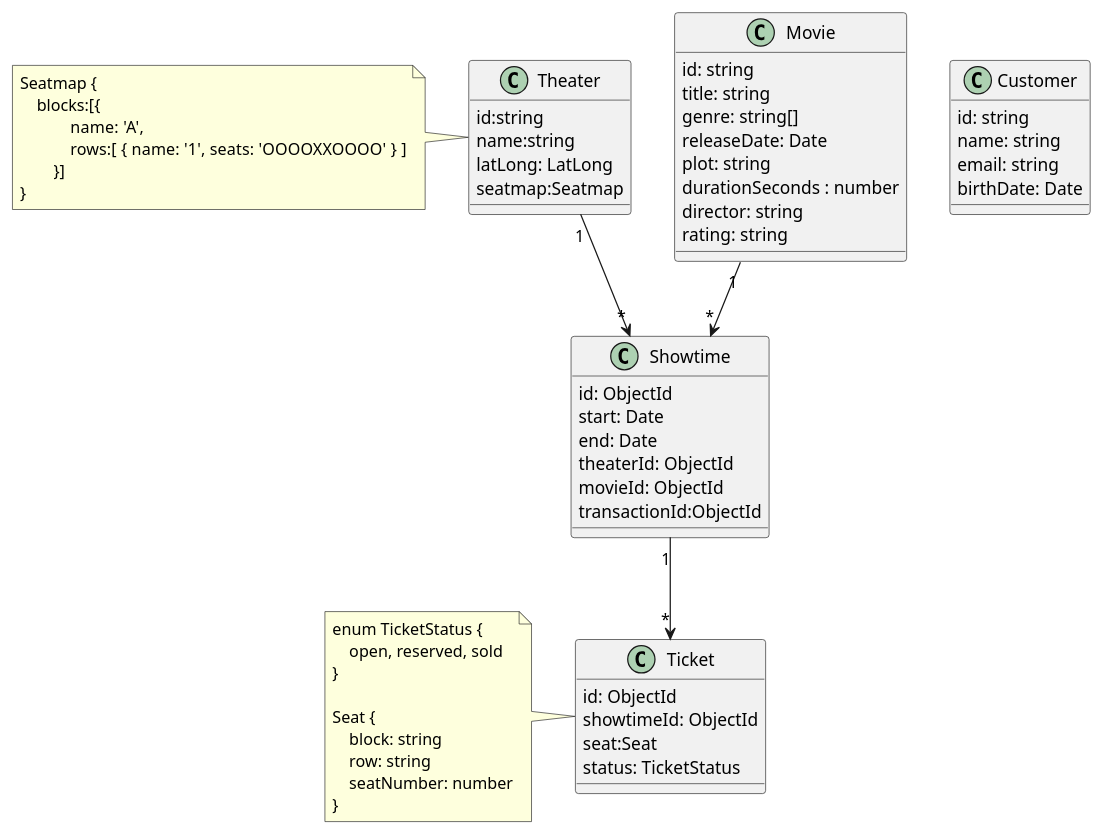
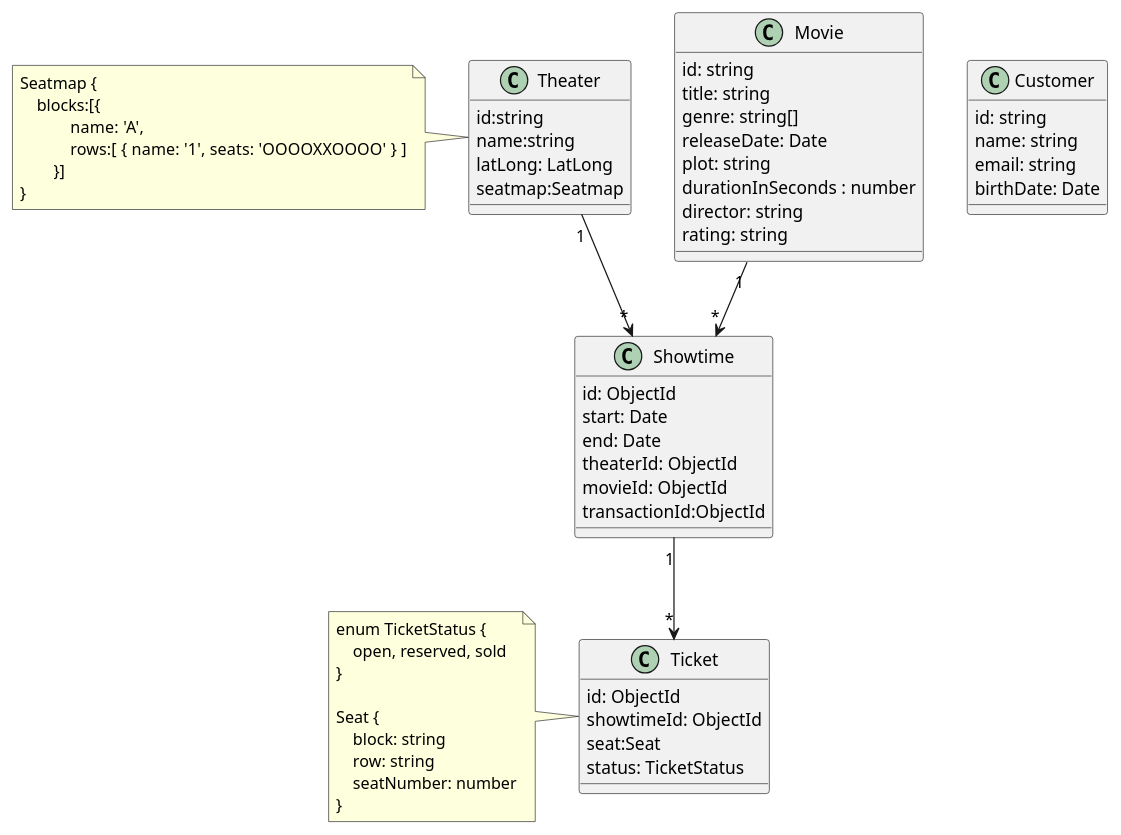
One commit to songminkyu/nest-msa changed the diagram in docs/en/designs/entities.md. Above: the diagram before and after it, drawn with PlantUML. The commit also changed 17 other files, not shown here.

Commit message:
refactor: standardize durationSeconds to durationInSeconds for consistency across movie-related entities

````diff
--- a/docs/en/designs/entities.md
+++ b/docs/en/designs/entities.md
@@ -15,68 +15,68 @@
 ```plantuml
 @startuml
 class Customer {
     id: string
     name: string
     email: string
     birthDate: Date
 }
 
 class Movie {
     id: string
     title: string
     genre: string[]
     releaseDate: Date
     plot: string
-    durationSeconds : number
+    durationInSeconds : number
     director: string
     rating: string
 }
 
 class Theater{
     id:string
     name:string
     latLong: LatLong
     seatmap:Seatmap
 }
 note left
 Seatmap {
     blocks:[{
             name: 'A',
             rows:[ {  name: '1', seats: 'OOOOXXOOOO' } ]
         }]
 }
 end note
 
 class Showtime {
     id: ObjectId
     start: Date
     end: Date
     theaterId: ObjectId
     movieId: ObjectId
     transactionId:ObjectId
 }
 
 class Ticket {
     id: ObjectId
     showtimeId: ObjectId
     seat:Seat
     status: TicketStatus
 }
 
 note left
 enum TicketStatus {
     open, reserved, sold
 }
 
 Seat {
     block: string
     row: string
     seatNumber: number
 }
 end note
 
 Showtime "1" --> "*" Ticket
 Movie "1" --> "*" Showtime
 Theater "1" --> "*" Showtime
 @enduml
 ```
````
